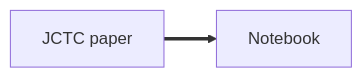
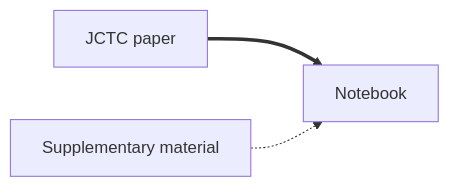
The diagram in NAVIGATION.md (wehs7661/alchemical_metadynamics_tutorial), drawn with Mermaid before and after one commit. The commit also changed other lines of this file and 1 other file, not shown here.

Commit message:
Added environment.yml; Modified NAVIGATIOM.md

````diff
--- a/NAVIGATION.md
+++ b/NAVIGATION.md
@@ -7,8 +7,10 @@
 ```mermaid
 flowchart LR;
 
   A[JCTC paper] ==> B[Notebook]
+  C[Supplementary material] -.-> B
 
   click A "JCTC paper" "The paper published in Journal of Chemical Theory and Computation (JCTC) that proposed the method of alchemical metadynamics";
   click B "tutorial.ipynb" "A tutorial on alchemical metadynamics written in Jupyter Notebook."; 
+  click C "Supplementary material" "Additional materials introducing alchemical intermediate states if case you are not familiar with them.";
 ```
````
